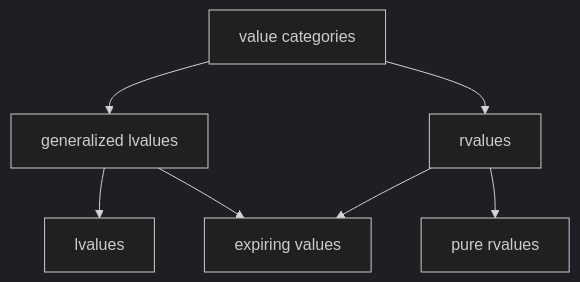
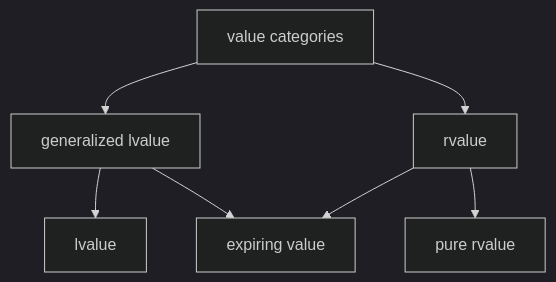
The diagram in slides/session_4/index.md (GlennVL-AP/cpp-programming-slides), drawn with Mermaid before and after one commit.

Commit message:
use singular for value categories

````diff
--- a/slides/session_4/index.md
+++ b/slides/session_4/index.md
@@ -18,10 +18,10 @@
 ```mermaid
 %%{init: {'theme': 'dark', 'themeVariables': { 'darkMode': true }}}%%
 graph TD;
-    A["value categories"] --> B["generalized lvalues"];
-    A --> C["rvalues"];
-    B --> D["lvalues"];
-    B --> E["expiring values"];
+    A["value categories"] --> B["generalized lvalue"];
+    A --> C["rvalue"];
+    B --> D["lvalue"];
+    B --> E["expiring value"];
     C --> E;
-    C --> F["pure rvalues"];
+    C --> F["pure rvalue"];
 ```
````
